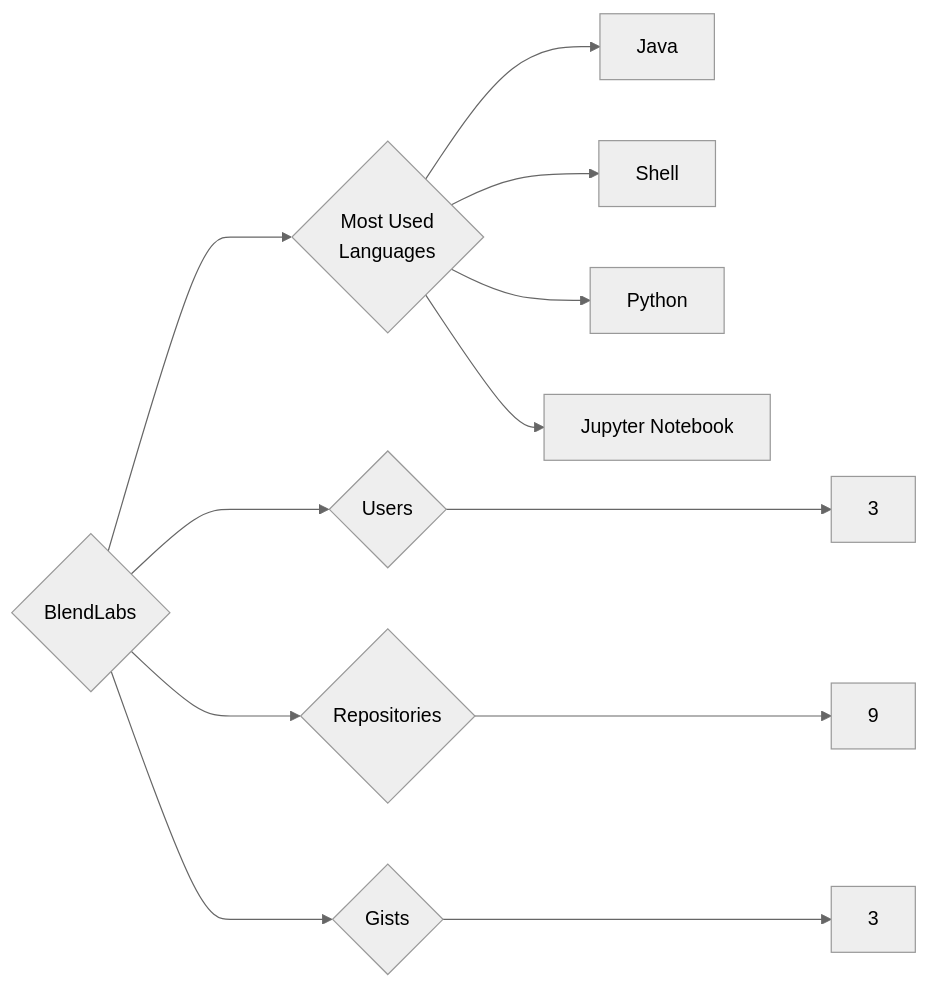
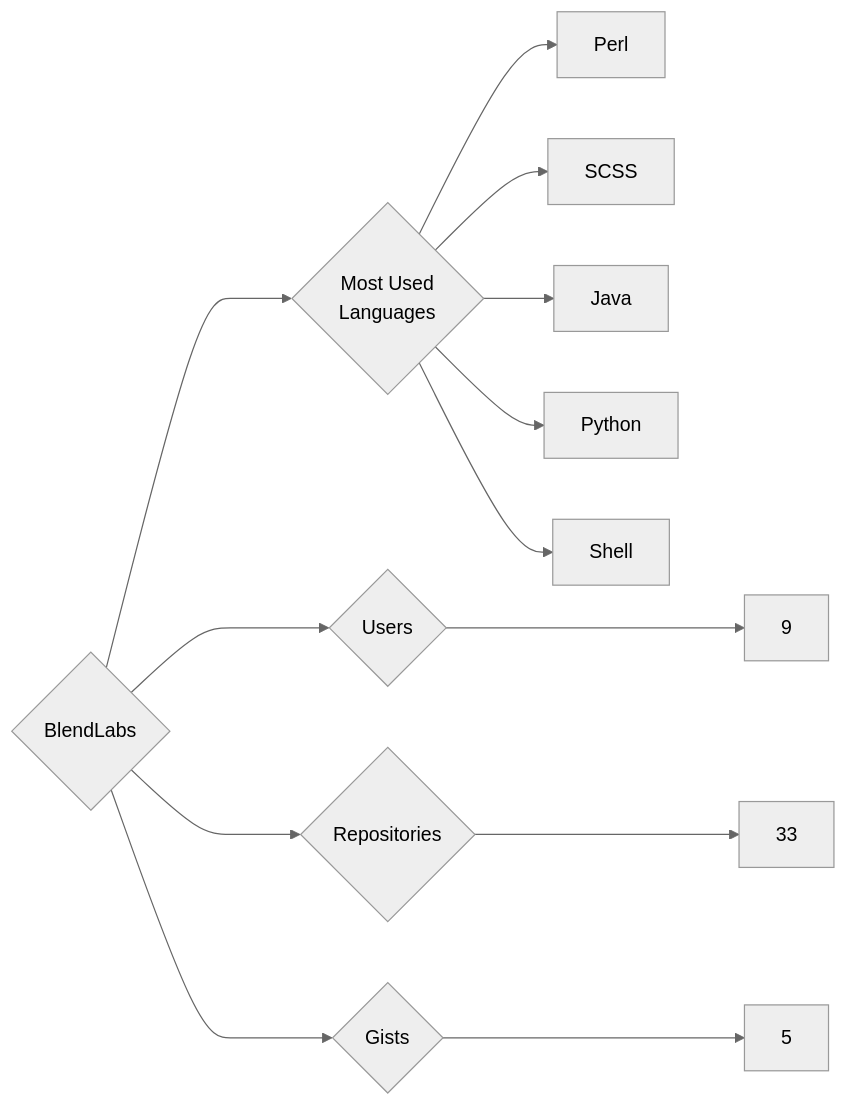
Before and after one commit to trickest/insiders: the diagram in targets/BlendLabs/README.md, drawn with Mermaid (neutral theme). The commit also changed 1149 other files, not shown here.

````diff
--- a/targets/BlendLabs/README.md
+++ b/targets/BlendLabs/README.md
@@ -3,12 +3,13 @@
 ```mermaid
 graph LR
 COMPANY_NAME{BlendLabs}
-COMPANY_NAME ---> U{Users} ---> UN[3]
-COMPANY_NAME ---> R{Repositories} ---> RN[9]
-COMPANY_NAME ---> G{Gists} ---> GN[3]
+COMPANY_NAME ---> U{Users} ---> UN[9]
+COMPANY_NAME ---> R{Repositories} ---> RN[33]
+COMPANY_NAME ---> G{Gists} ---> GN[5]
 COMPANY_NAME ---> ML{Most Used<br>Languages}
+ML --> Perl[Perl]
+ML --> SCSS[SCSS]
 ML --> Java[Java]
+ML --> Python[Python]
 ML --> Shell[Shell]
-ML --> Python[Python]
-ML --> Jupyter_Notebook[Jupyter Notebook]
 ```
````
